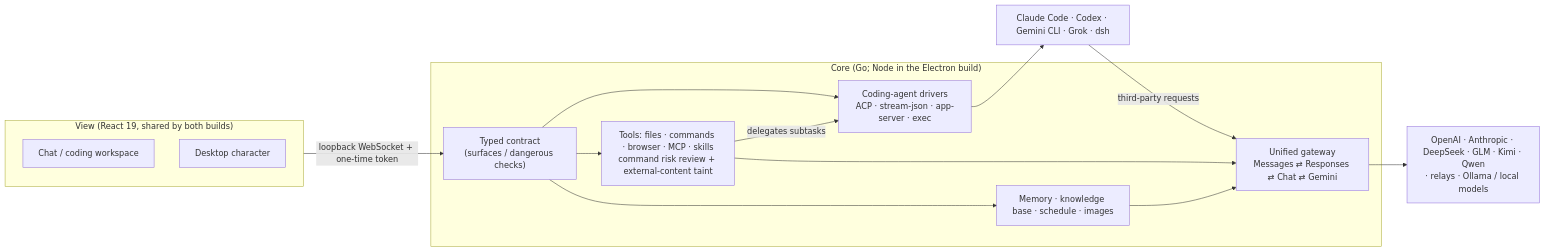
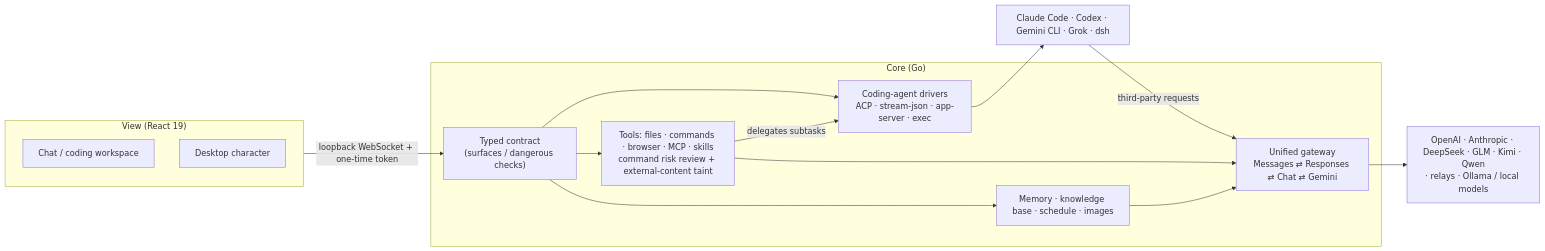
The diagram in README.en.md (Cookieboty/nomi-ai), drawn with Mermaid before and after one commit. The commit also changed other lines of this file and 102 other files, not shown here.

````diff
--- a/README.en.md
+++ b/README.en.md
@@ -77,23 +79,23 @@
 ```mermaid
 flowchart LR
-  subgraph View["View (React 19, shared by both builds)"]
+  subgraph View["View (React 19)"]
     Chat["Chat / coding workspace"]
     Mascot["Desktop character"]
   end
-  subgraph Core["Core (Go; Node in the Electron build)"]
+  subgraph Core["Core (Go)"]
     Contract["Typed contract<br/>(surfaces / dangerous checks)"]
     Agents["Coding-agent drivers<br/>ACP · stream-json · app-server · exec"]
     Tools["Tools: files · commands · browser · MCP · skills<br/>command risk review + external-content taint"]
     Mem["Memory · knowledge base · schedule · images"]
     GW["Unified gateway<br/>Messages ⇄ Responses ⇄ Chat ⇄ Gemini"]
   end
   CLI["Claude Code · Codex · Gemini CLI · Grok · dsh"]
   Up["OpenAI · Anthropic · DeepSeek · GLM · Kimi · Qwen<br/>· relays · Ollama / local models"]
   View -- "loopback WebSocket + one-time token" --> Contract
   Contract --> Agents & Tools & Mem
   Agents --> CLI
   CLI -- "third-party requests" --> GW
   Tools -- "delegates subtasks" --> Agents
   Tools & Mem --> GW
   GW --> Up
 ```
````
